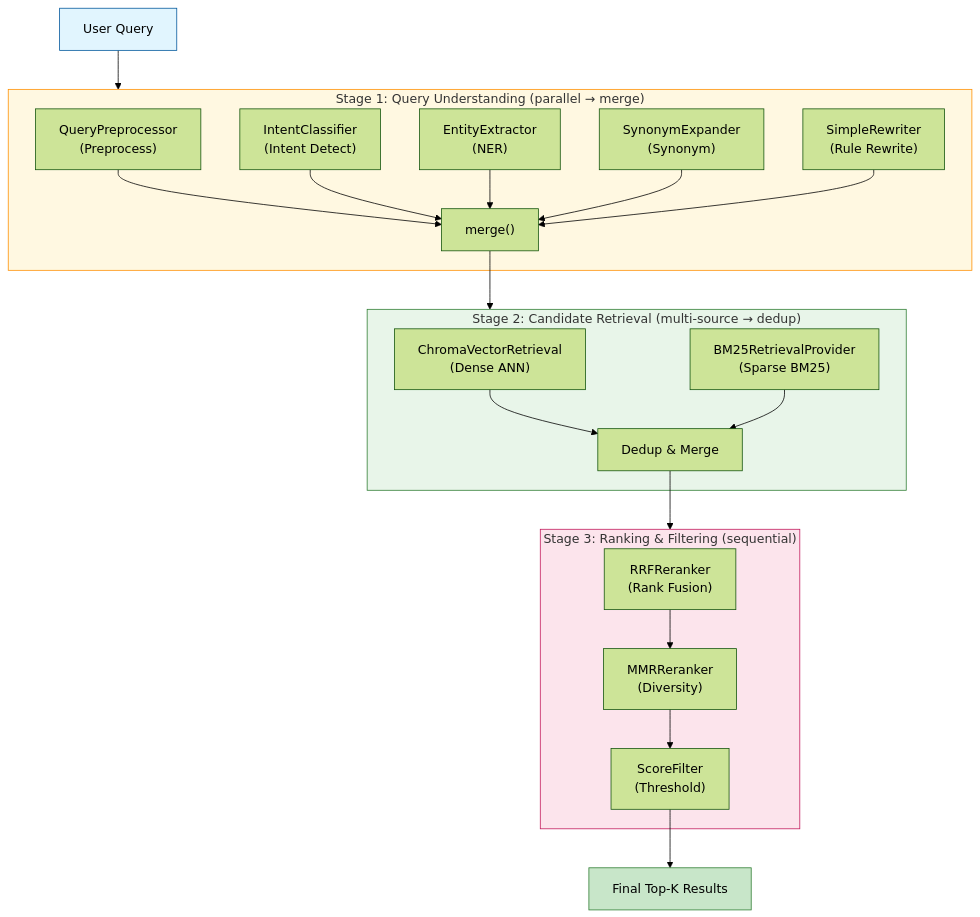
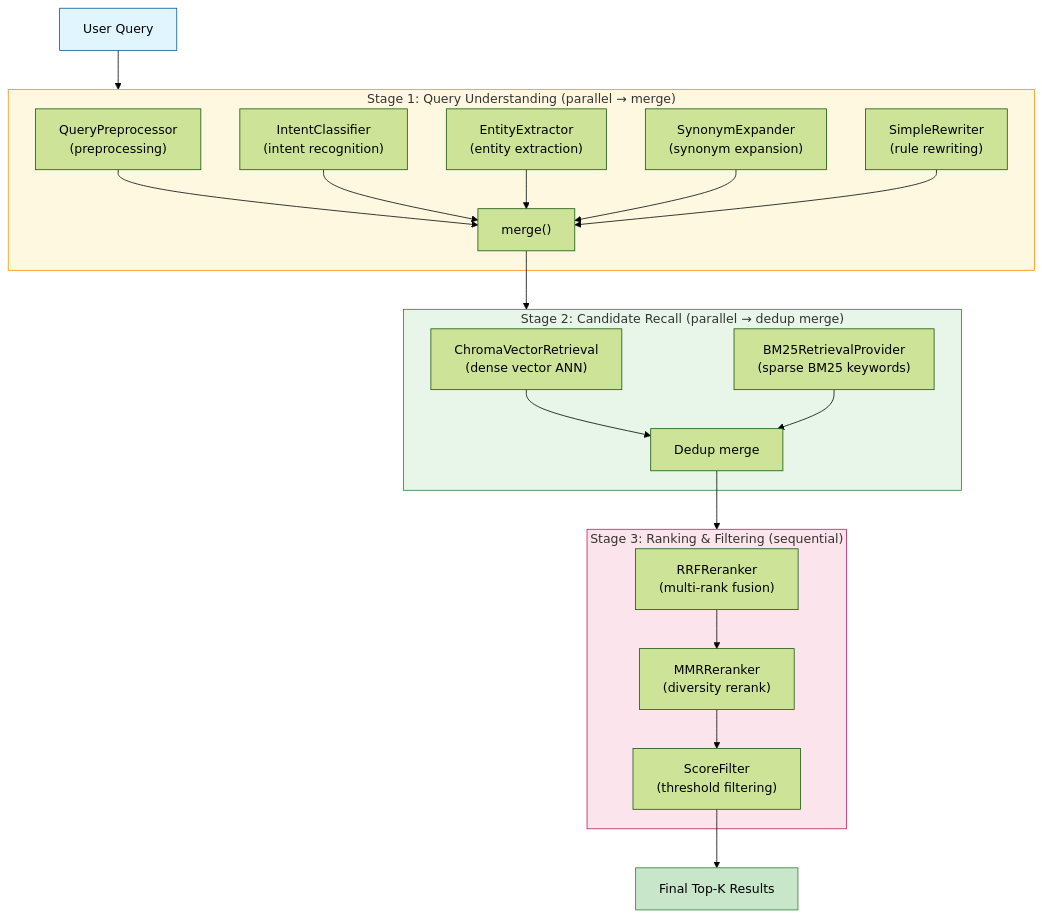
Before and after one commit to chain-engine/x-GuanHai: the second of 3 diagrams in README.en.md, drawn with Mermaid (forest theme). The commit also changed other lines of this file and 121 other files, not shown here.

````diff
--- a/README.en.md
+++ b/README.en.md
@@ -130,47 +422,47 @@
 ```mermaid
 flowchart TD
     Q["User Query"]
 
     subgraph Stage1["Stage 1: Query Understanding (parallel → merge)"]
-        P1["QueryPreprocessor<br/>(Preprocess)"]
-        I1["IntentClassifier<br/>(Intent Detect)"]
-        E1["EntityExtractor<br/>(NER)"]
-        S1["SynonymExpander<br/>(Synonym)"]
-        R1["SimpleRewriter<br/>(Rule Rewrite)"]
+        P1["QueryPreprocessor<br/>(preprocessing)"]
+        I1["IntentClassifier<br/>(intent recognition)"]
+        E1["EntityExtractor<br/>(entity extraction)"]
+        S1["SynonymExpander<br/>(synonym expansion)"]
+        R1["SimpleRewriter<br/>(rule rewriting)"]
         M1["merge()"]
         P1 --> M1
         I1 --> M1
         E1 --> M1
         S1 --> M1
         R1 --> M1
     end
 
     Q --> Stage1
 
-    subgraph Stage2["Stage 2: Candidate Retrieval (multi-source → dedup)"]
-        V1["ChromaVectorRetrieval<br/>(Dense ANN)"]
-        B1["BM25RetrievalProvider<br/>(Sparse BM25)"]
-        D1["Dedup & Merge"]
+    subgraph Stage2["Stage 2: Candidate Recall (parallel → dedup merge)"]
+        V1["ChromaVectorRetrieval<br/>(dense vector ANN)"]
+        B1["BM25RetrievalProvider<br/>(sparse BM25 keywords)"]
+        D1["Dedup merge"]
         V1 --> D1
         B1 --> D1
     end
 
     M1 --> Stage2
 
     subgraph Stage3["Stage 3: Ranking & Filtering (sequential)"]
-        RRF["RRFReranker<br/>(Rank Fusion)"]
-        MMR["MMRReranker<br/>(Diversity)"]
-        SF["ScoreFilter<br/>(Threshold)"]
+        RRF["RRFReranker<br/>(multi-rank fusion)"]
+        MMR["MMRReranker<br/>(diversity rerank)"]
+        SF["ScoreFilter<br/>(threshold filtering)"]
         RRF --> MMR --> SF
     end
 
     D1 --> Stage3
 
     SF --> R["Final Top-K Results"]
 
     style Q fill:#e1f5fe,stroke:#01579b
     style Stage1 fill:#fff8e1,stroke:#ff8f00
     style Stage2 fill:#e8f5e9,stroke:#2e7d32
     style Stage3 fill:#fce4ec,stroke:#c2185b
     style R fill:#c8e6c9,stroke:#2e7d32
 ```
````
